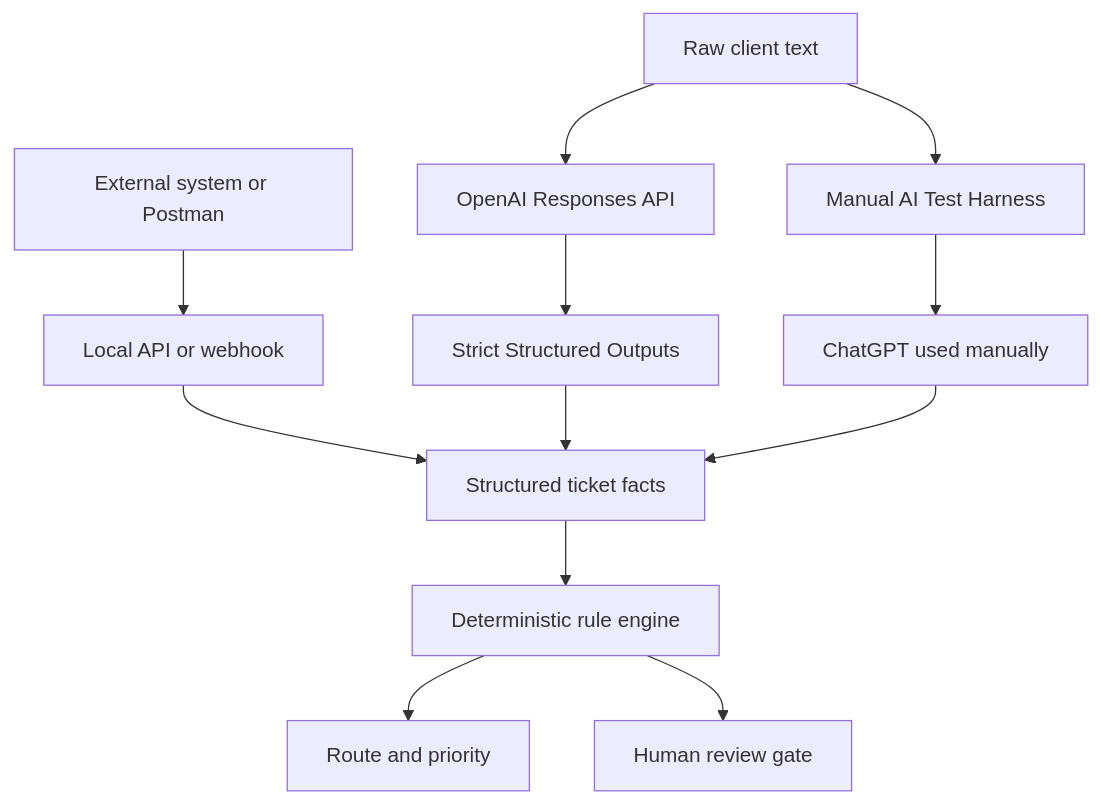
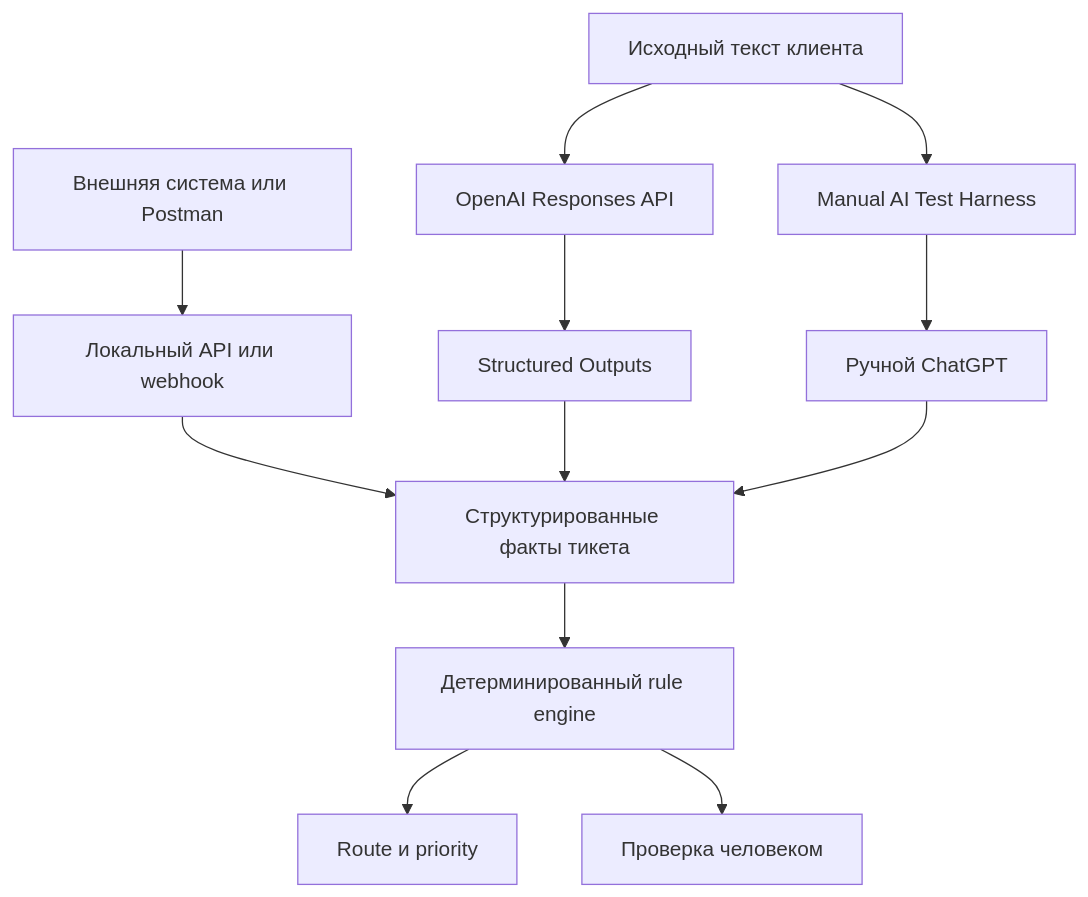
The diagram in README.md (RomanSloq/support-automation-lab), drawn with Mermaid before and after one commit. The commit also changed other lines of this file and 10 other files, not shown here.

````diff
--- a/README.md
+++ b/README.md
@@ -22,16 +22,14 @@
 ```mermaid
 flowchart TD
-    A[External system or Postman] --> B[Local API or webhook]
-    B --> C[Structured ticket facts]
-    C --> D[Deterministic rule engine]
-    D --> E[Route and priority]
-    D --> F[Human review gate]
-
-    G[Raw client text] --> H[OpenAI Responses API]
-    H --> I[Strict Structured Outputs]
+    A[Внешняя система или Postman] --> B[Локальный API или webhook]
+    B --> C[Структурированные факты тикета]
+    C --> D[Детерминированный rule engine]
+    D --> E[Route и priority]
+    D --> F[Проверка человеком]
+    G[Исходный текст клиента] --> H[OpenAI Responses API]
+    H --> I[Structured Outputs]
     I --> C
-
     G --> J[Manual AI Test Harness]
-    J --> K[ChatGPT used manually]
+    J --> K[Ручной ChatGPT]
     K --> C
 ```
````
